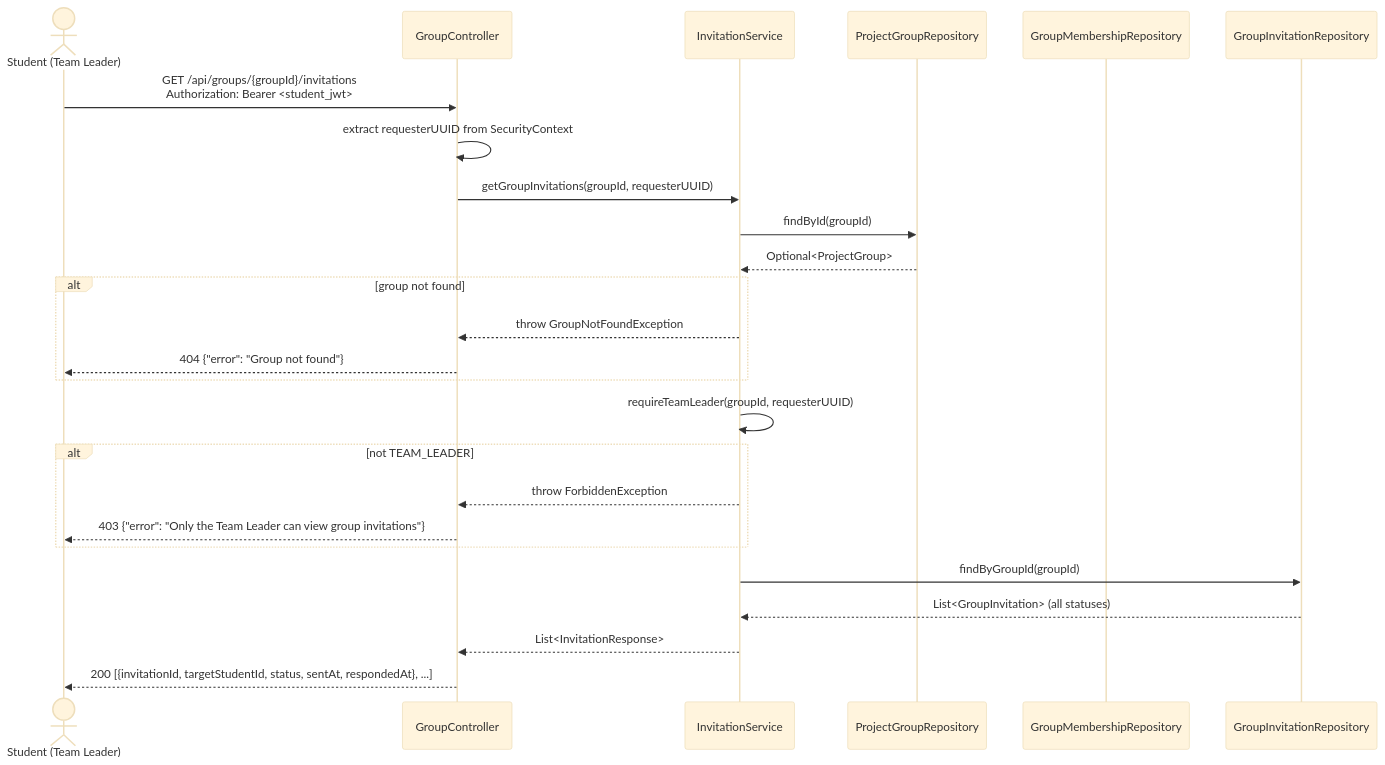
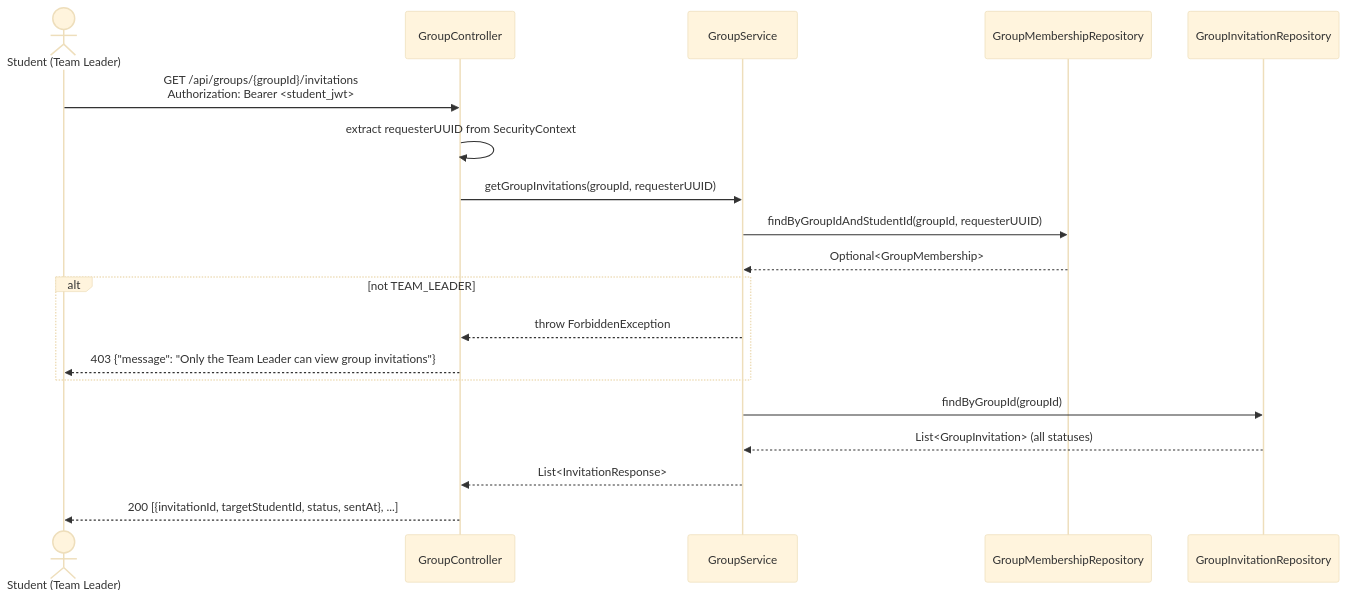
One commit to SE3318-Spring-2025-2026/senior-app-6 changed the third of 4 diagrams in docs/process2/sequences/2.2_invitation_send_p2.md. Above: the diagram before and after it, drawn with Mermaid (base theme). The commit also changed other lines of this file and 20 other files, not shown here.

````diff
--- a/docs/process2/sequences/2.2_invitation_send_p2.md
+++ b/docs/process2/sequences/2.2_invitation_send_p2.md
@@ -121,35 +120,27 @@
 ```mermaid
 sequenceDiagram
     actor Student as Student (Team Leader)
     participant GroupController
-    participant InvitationService
-    participant ProjectGroupRepository
+    participant GroupService
     participant GroupMembershipRepository
     participant GroupInvitationRepository
 
     Student->>GroupController: GET /api/groups/{groupId}/invitations<br/>Authorization: Bearer <student_jwt>
 
     GroupController->>GroupController: extract requesterUUID from SecurityContext
-    GroupController->>InvitationService: getGroupInvitations(groupId, requesterUUID)
+    GroupController->>GroupService: getGroupInvitations(groupId, requesterUUID)
 
-    InvitationService->>ProjectGroupRepository: findById(groupId)
-    ProjectGroupRepository-->>InvitationService: Optional<ProjectGroup>
+    GroupService->>GroupMembershipRepository: findByGroupIdAndStudentId(groupId, requesterUUID)
+    GroupMembershipRepository-->>GroupService: Optional<GroupMembership>
 
-    alt group not found
-        InvitationService-->>GroupController: throw GroupNotFoundException
-        GroupController-->>Student: 404 {"error": "Group not found"}
+    alt not TEAM_LEADER
+        GroupService-->>GroupController: throw ForbiddenException
+        GroupController-->>Student: 403 {"message": "Only the Team Leader can view group invitations"}
     end
 
-    InvitationService->>InvitationService: requireTeamLeader(groupId, requesterUUID)
+    GroupService->>GroupInvitationRepository: findByGroupId(groupId)
+    GroupInvitationRepository-->>GroupService: List<GroupInvitation> (all statuses)
 
-    alt not TEAM_LEADER
-        InvitationService-->>GroupController: throw ForbiddenException
-        GroupController-->>Student: 403 {"error": "Only the Team Leader can view group invitations"}
-    end
-
-    InvitationService->>GroupInvitationRepository: findByGroupId(groupId)
-    GroupInvitationRepository-->>InvitationService: List<GroupInvitation> (all statuses)
-
-    InvitationService-->>GroupController: List<InvitationResponse>
-    GroupController-->>Student: 200 [{invitationId, targetStudentId, status, sentAt, respondedAt}, ...]
+    GroupService-->>GroupController: List<InvitationResponse>
+    GroupController-->>Student: 200 [{invitationId, targetStudentId, status, sentAt}, ...]
 ```
````
